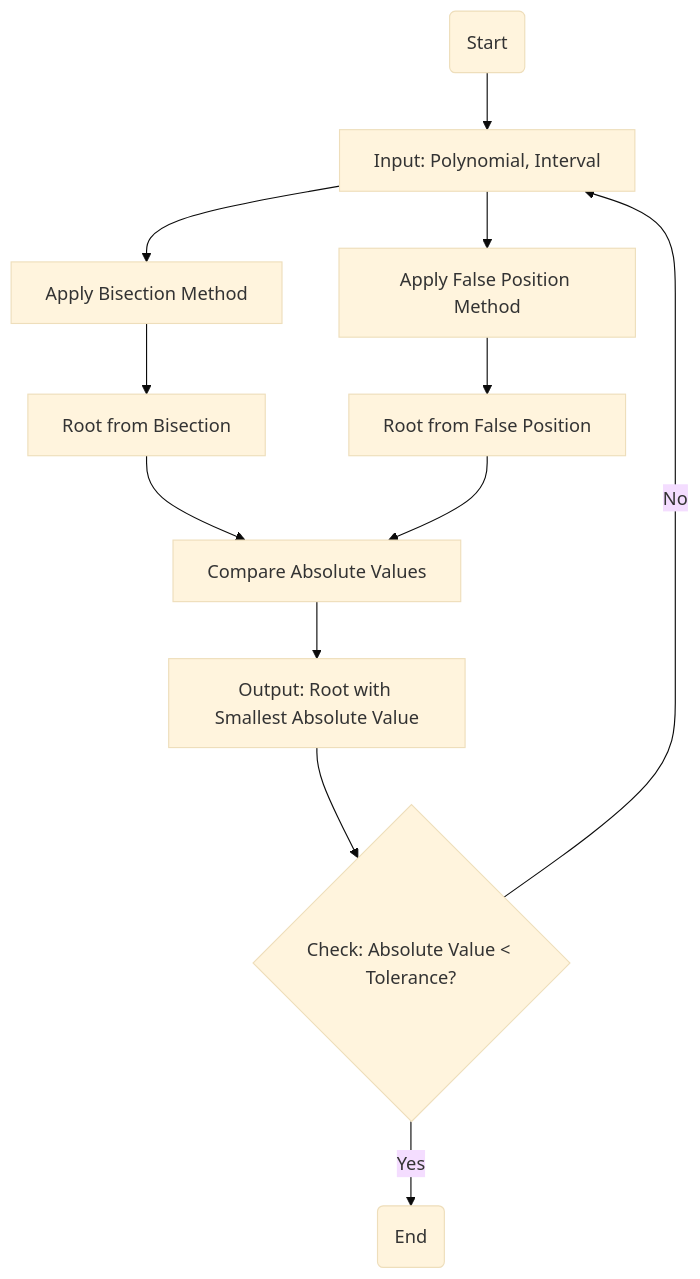
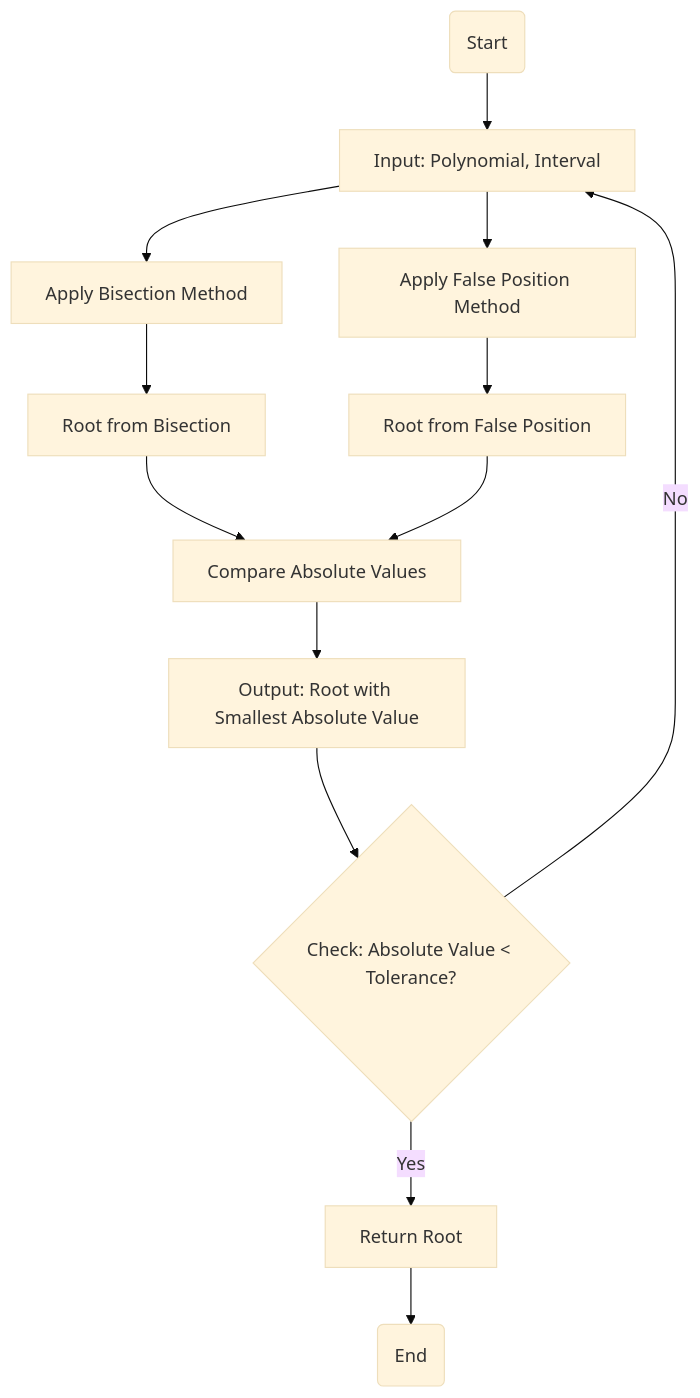
One commit to MohamedEmary/graduation-project changed the first of 4 diagrams in discussion/second-term/documentation.md. Above: the diagram before and after it, drawn with Mermaid (base theme). The commit also changed other lines of this file and 1 other file, not shown here.

````diff
--- a/discussion/second-term/documentation.md
+++ b/discussion/second-term/documentation.md
@@ -186,14 +188,15 @@
 ```{.mermaid caption="HybridBF Steps Flowchart" width=35%}
 graph TB
     Start(Start) --> Input[Input: Polynomial, Interval]
     Input --> Bisection[Apply Bisection Method]
     Input --> FalsePosition[Apply False Position Method]
     Bisection --> RootBisection[Root from Bisection]
     FalsePosition --> RootFalsePosition[Root from False Position]
     RootBisection --> Compare[Compare Absolute Values]
     RootFalsePosition --> Compare
     Compare --> Output[Output: Root with Smallest Absolute Value]
     Output --> Check{Check: Absolute Value < Tolerance?}
-    Check -- Yes --> End(End)
+    Check -- Yes --> Return[Return Root]
+    Return --> End(End)
     Check -- No --> Input
 ```
````
